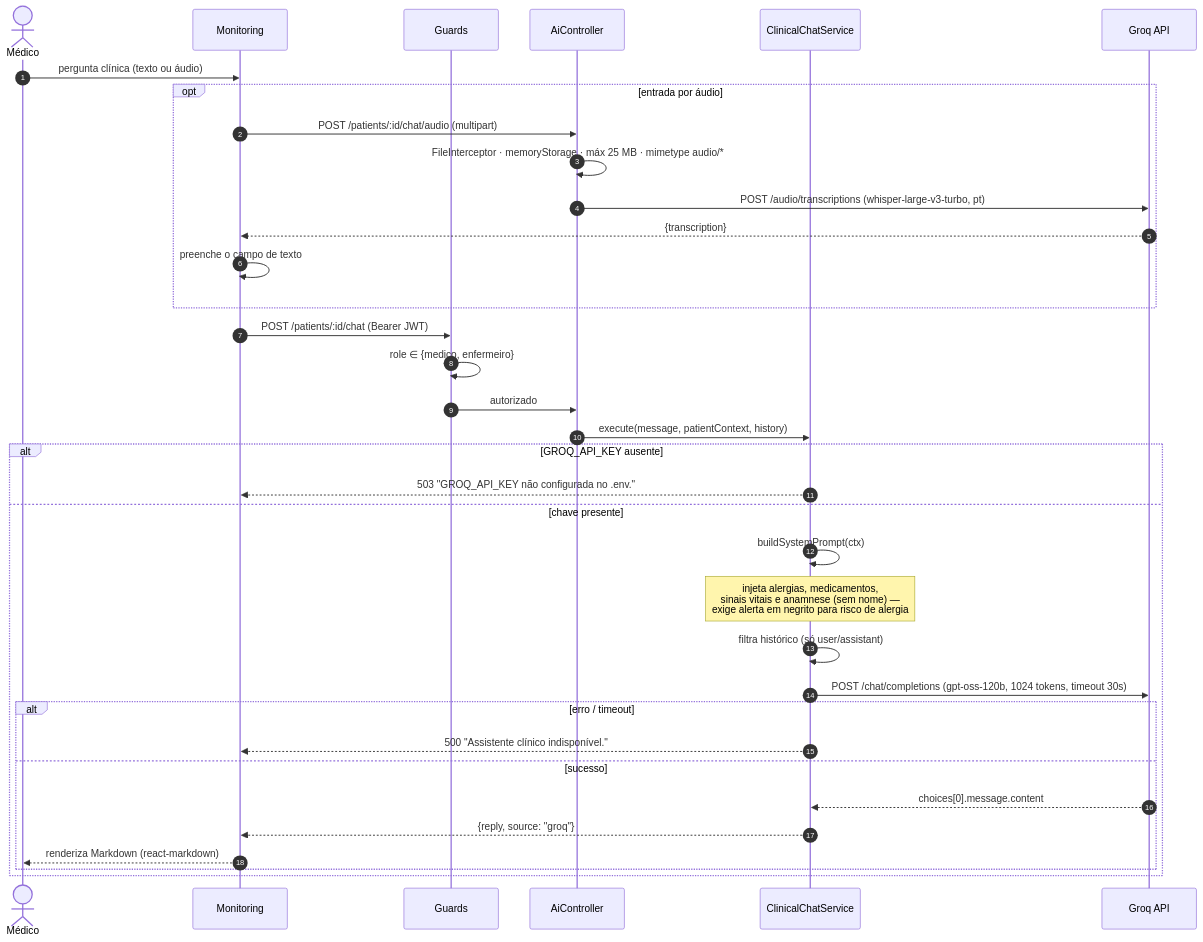
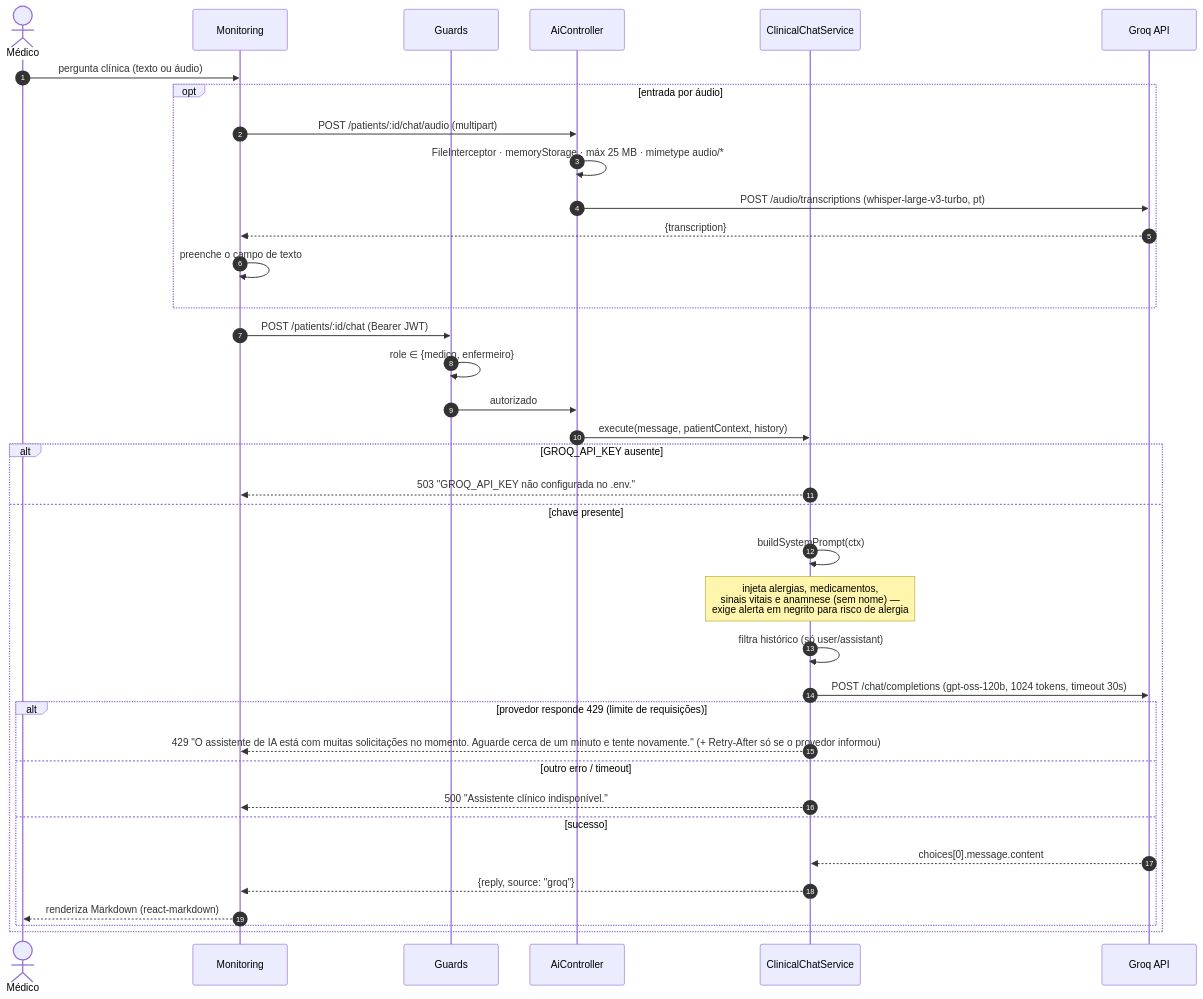
One commit to MikaelDiogo/HealthHub_Mono changed diagram 19 of 31 in DOCUMENTO_ENGENHARIA_SOFTWARE.md. Above: the diagram before and after it, drawn with Mermaid. The commit also changed other lines of this file and 11 other files, not shown here.

First line of the commit message:
feat(ia): 429 do provedor vira HTTP 429 com mensagem propria (chat e audio) e trava dos textos legais contra 'data de nascimento'

````diff
--- a/DOCUMENTO_ENGENHARIA_SOFTWARE.md
+++ b/DOCUMENTO_ENGENHARIA_SOFTWARE.md
@@ -1217,38 +1217,40 @@
 ```mermaid
 sequenceDiagram
     autonumber
     actor M as Médico
     participant MON as Monitoring
     participant G as Guards
     participant AC as AiController
     participant CCS as ClinicalChatService
     participant GROQ as Groq API
 
     M->>MON: pergunta clínica (texto ou áudio)
     opt entrada por áudio
         MON->>AC: POST /patients/:id/chat/audio (multipart)
         AC->>AC: FileInterceptor · memoryStorage · máx 25 MB · mimetype audio/*
         AC->>GROQ: POST /audio/transcriptions (whisper-large-v3-turbo, pt)
         GROQ-->>MON: {transcription}
         MON->>MON: preenche o campo de texto
     end
     MON->>G: POST /patients/:id/chat (Bearer JWT)
     G->>G: role ∈ {medico, enfermeiro}
     G->>AC: autorizado
     AC->>CCS: execute(message, patientContext, history)
     alt GROQ_API_KEY ausente
         CCS-->>MON: 503 "GROQ_API_KEY não configurada no .env."
     else chave presente
         CCS->>CCS: buildSystemPrompt(ctx)
         Note over CCS: injeta alergias, medicamentos,<br/>sinais vitais e anamnese (sem nome) —<br/>exige alerta em negrito para risco de alergia
         CCS->>CCS: filtra histórico (só user/assistant)
         CCS->>GROQ: POST /chat/completions (gpt-oss-120b, 1024 tokens, timeout 30s)
-        alt erro / timeout
+        alt provedor responde 429 (limite de requisições)
+            CCS-->>MON: 429 "O assistente de IA está com muitas solicitações no momento. Aguarde cerca de um minuto e tente novamente." (+ Retry-After só se o provedor informou)
+        else outro erro / timeout
             CCS-->>MON: 500 "Assistente clínico indisponível."
         else sucesso
             GROQ-->>CCS: choices[0].message.content
             CCS-->>MON: {reply, source: "groq"}
             MON-->>M: renderiza Markdown (react-markdown)
         end
     end
 ```
````
